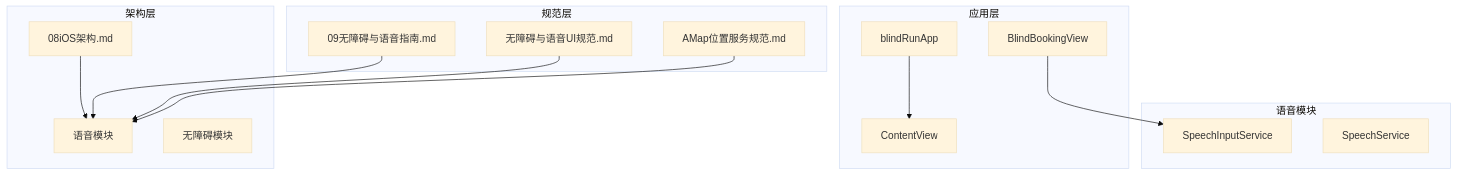
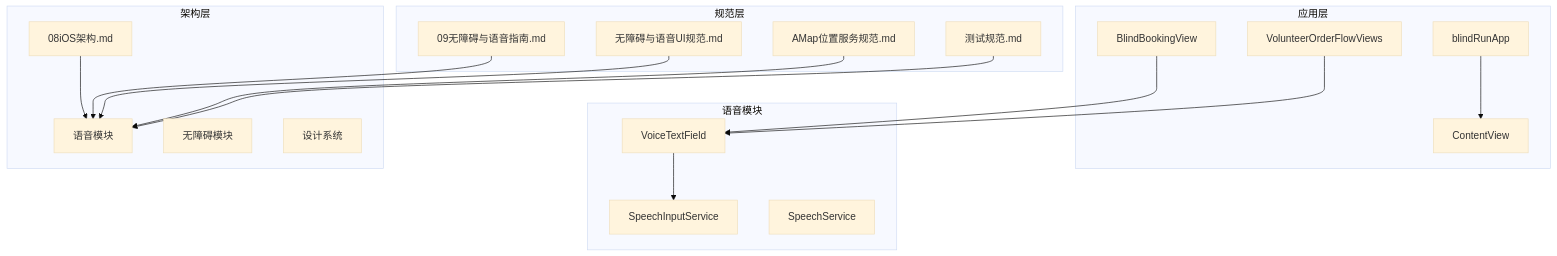
Before and after one commit to Jayden23018/blind-run-ios: the first of 13 diagrams in .qoder/repowiki/zh/content/开发指南/编码规范与最佳实践/无障碍开发规范/语音输入集成.md, drawn with Mermaid (base theme). The commit also changed other lines of this file and 5 other files, not shown here.

````diff
--- a/.qoder/repowiki/zh/content/开发指南/编码规范与最佳实践/无障碍开发规范/语音输入集成.md
+++ b/.qoder/repowiki/zh/content/开发指南/编码规范与最佳实践/无障碍开发规范/语音输入集成.md
@@ -47,28 +47,35 @@
 ```mermaid
 graph TB
 subgraph "应用层"
 App[blindRunApp]
 ContentView[ContentView]
 BlindBookingView[BlindBookingView]
+VolunteerOrderFlowViews[VolunteerOrderFlowViews]
 end
 subgraph "语音模块"
 SpeechInputService[SpeechInputService]
 SpeechService[SpeechService]
+VoiceTextField[VoiceTextField]
 end
 subgraph "架构层"
 Architecture[08iOS架构.md]
 VoiceModule[语音模块]
 Accessibility[无障碍模块]
+DesignSystem[设计系统]
 end
 subgraph "规范层"
 VoiceGuidelines[09无障碍与语音指南.md]
 VoiceUI[无障碍与语音UI规范.md]
 LocationSpec[AMap位置服务规范.md]
+TestSpec[测试规范.md]
 end
 App --> ContentView
-BlindBookingView --> SpeechInputService
+BlindBookingView --> VoiceTextField
+VolunteerOrderFlowViews --> VoiceTextField
+VoiceTextField --> SpeechInputService
 Architecture --> VoiceModule
 VoiceGuidelines --> VoiceModule
 VoiceUI --> VoiceModule
 LocationSpec --> VoiceModule
+TestSpec --> VoiceModule
 ```
````
